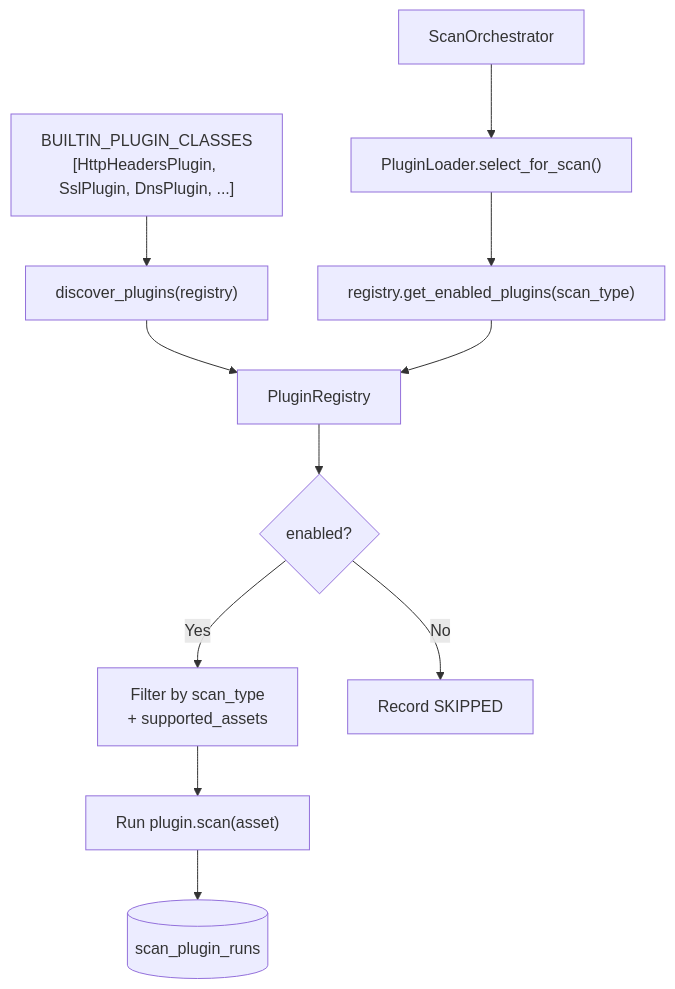
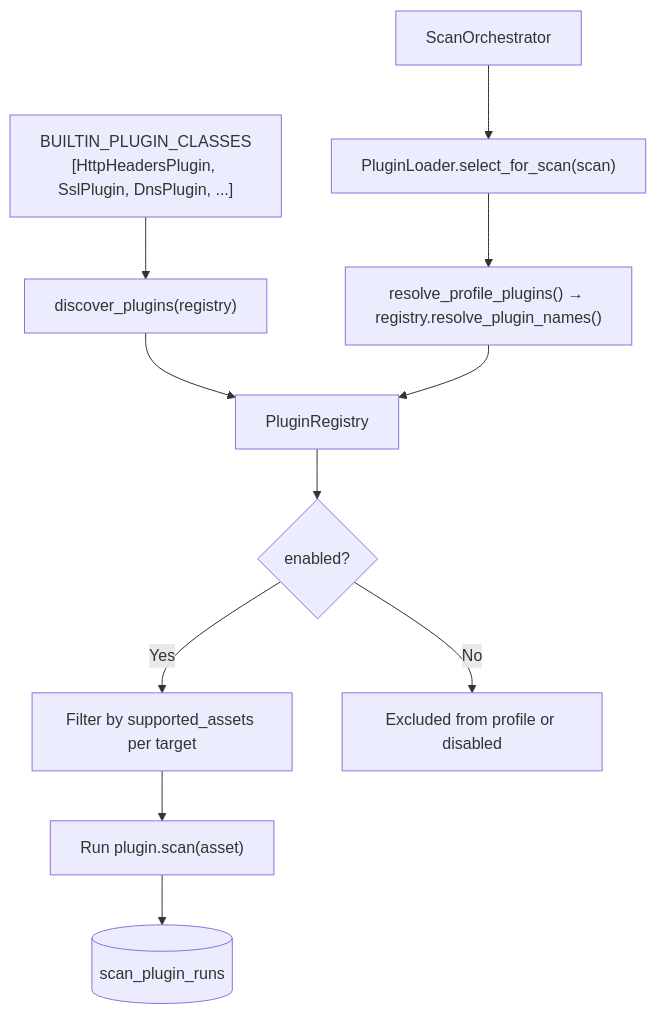
The fifth of 8 diagrams in docs/scan-engine.md (notjiji/Sandbox), drawn with Mermaid before and after one commit. The commit also changed other lines of this file and 16 other files, not shown here.

````diff
--- a/docs/scan-engine.md
+++ b/docs/scan-engine.md
@@ -250,17 +285,17 @@
 ```mermaid
 flowchart TB
     BUILTIN["BUILTIN_PLUGIN_CLASSES\n[HttpHeadersPlugin, SslPlugin, DnsPlugin, ...]"]
     BUILTIN --> DISCOVER["discover_plugins(registry)"]
     DISCOVER --> REG["PluginRegistry"]
 
-    ORCH["ScanOrchestrator"] --> LOADER["PluginLoader.select_for_scan()"]
-    LOADER --> ASK["registry.get_enabled_plugins(scan_type)"]
+    ORCH["ScanOrchestrator"] --> LOADER["PluginLoader.select_for_scan(scan)"]
+    LOADER --> ASK["resolve_profile_plugins() → registry.resolve_plugin_names()"]
     ASK --> REG
 
     REG --> CHECK{enabled?}
-    CHECK -->|Yes| FILTER["Filter by scan_type\n+ supported_assets"]
-    CHECK -->|No| SKIP["Record SKIPPED"]
+    CHECK -->|Yes| FILTER["Filter by supported_assets per target"]
+    CHECK -->|No| SKIP["Excluded from profile or disabled"]
 
     FILTER --> RUN["Run plugin.scan(asset)"]
     RUN --> SPR[("scan_plugin_runs")]
 ```
````
